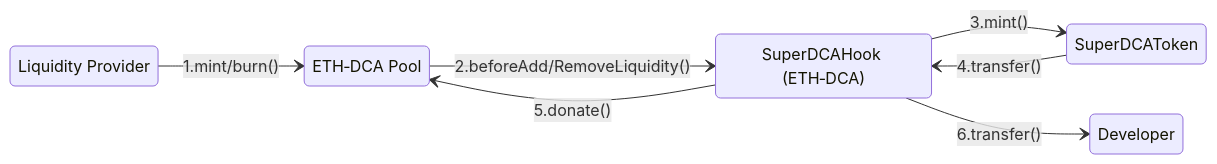
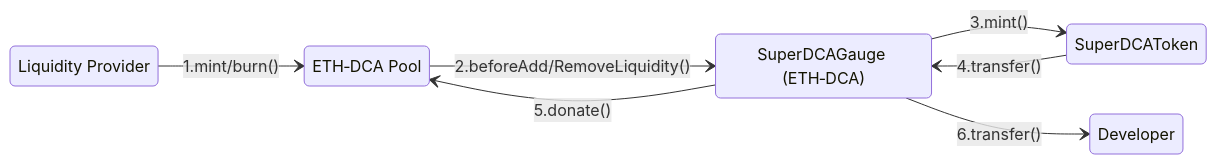
Before and after one commit to Super-DCA-Tech/super-dca-gauge: the diagram in README.md, drawn with Mermaid. The commit also changed other lines of this file and 4 other files, not shown here.

Commit message:
Rename SuperDCAHook to SuperDCAGauge and update documentation

````diff
--- a/README.md
+++ b/README.md
@@ -7,19 +7,19 @@
 ```mermaid
 stateDiagram-v2
     direction LR
 
     state "Liquidity Provider" as LP_ETH
     state "ETH‑DCA Pool" as Pool_ETH
-    state "SuperDCAHook (ETH‑DCA)" as Hook_ETH
+    state "SuperDCAGauge (ETH‑DCA)" as Hook_ETH
     state "SuperDCAToken" as Token
     state "Developer" as Developer
     
 
     %% ETH‑DCA Pool Flow
     LP_ETH --> Pool_ETH: 1.mint/burn()
     Pool_ETH --> Hook_ETH: 2.beforeAdd/RemoveLiquidity()
     Hook_ETH --> Token: 3.mint()
     Token --> Hook_ETH: 4.transfer()
     Hook_ETH --> Pool_ETH: 5.donate()
     Hook_ETH --> Developer: 6.transfer()
 ```
````
